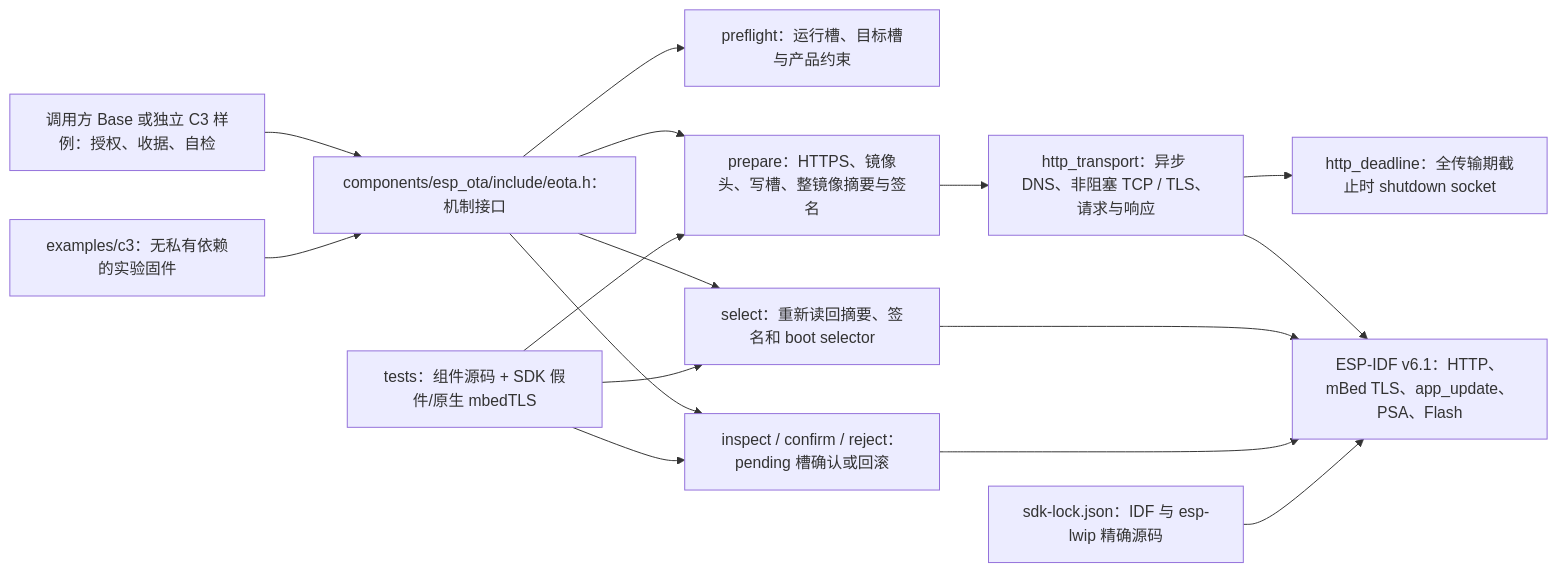
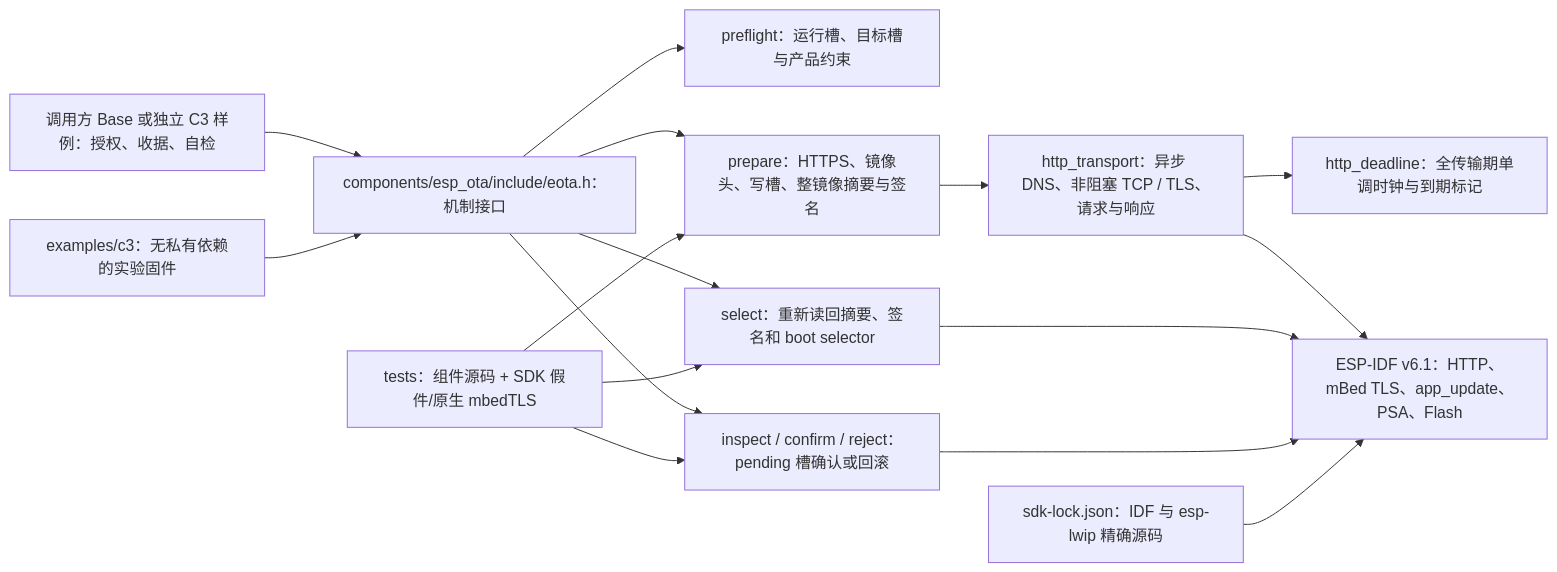
Before and after one commit to darren-you/esp-ota: the diagram in README.md, drawn with Mermaid. The commit also changed other lines of this file and 13 other files, not shown here.

````diff
--- a/README.md
+++ b/README.md
@@ -7,18 +7,18 @@
 ```mermaid
 flowchart LR
     app["调用方 Base 或独立 C3 样例：授权、收据、自检"] --> api["components/esp_ota/include/eota.h：机制接口"]
     api --> preflight["preflight：运行槽、目标槽与产品约束"]
     api --> prepare["prepare：HTTPS、镜像头、写槽、整镜像摘要与签名"]
     api --> select["select：重新读回摘要、签名和 boot selector"]
     api --> confirm["inspect / confirm / reject：pending 槽确认或回滚"]
     prepare --> transport["http_transport：异步 DNS、非阻塞 TCP / TLS、请求与响应"]
-    transport --> deadline["http_deadline：全传输期截止时 shutdown socket"]
+    transport --> deadline["http_deadline：全传输期单调时钟与到期标记"]
     transport --> sdk["ESP-IDF v6.1：HTTP、mBed TLS、app_update、PSA、Flash"]
     select --> sdk
     confirm --> sdk
     lock["sdk-lock.json：IDF 与 esp-lwip 精确源码"] --> sdk
     host["tests：组件源码 + SDK 假件/原生 mbedTLS"] --> prepare
     host --> select
     host --> confirm
     sample["examples/c3：无私有依赖的实验固件"] --> api
 ```
````
